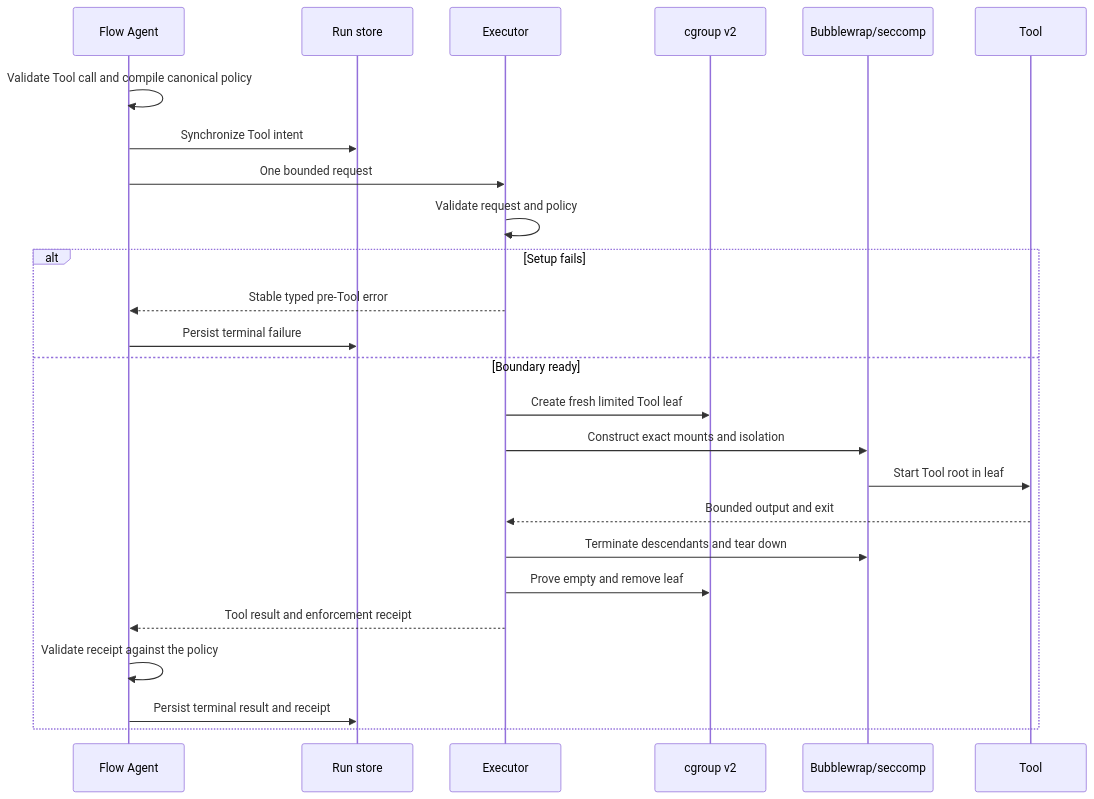
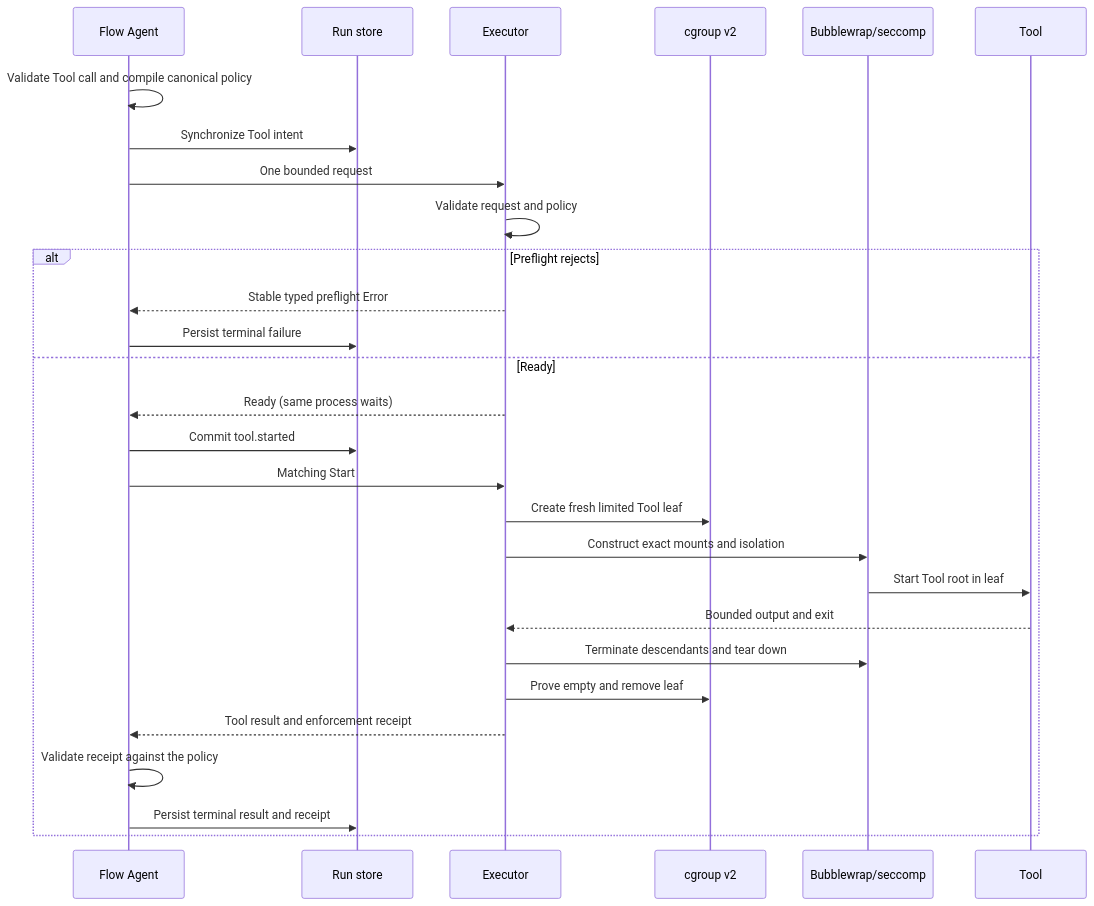
One commit to Open-Equilibrium/watershed changed the third of 3 diagrams in docs/concept/flow-agent-executor-architecture.md. Above: the diagram before and after it, drawn with Mermaid. The commit also changed other lines of this file and 30 other files, not shown here.

Commit message:
feat: gate tool launch behind executor start

````diff
--- a/docs/concept/flow-agent-executor-architecture.md
+++ b/docs/concept/flow-agent-executor-architecture.md
@@ -65,27 +65,30 @@
 ```mermaid
 sequenceDiagram
   participant F as Flow Agent
   participant S as Run store
   participant E as Executor
   participant C as cgroup v2
   participant B as Bubblewrap/seccomp
   participant T as Tool
   F->>F: Validate Tool call and compile canonical policy
   F->>S: Synchronize Tool intent
   F->>E: One bounded request
   E->>E: Validate request and policy
-  alt Setup fails
-    E-->>F: Stable typed pre-Tool error
+  alt Preflight rejects
+    E-->>F: Stable typed preflight Error
     F->>S: Persist terminal failure
-  else Boundary ready
+  else Ready
+    E-->>F: Ready (same process waits)
+    F->>S: Commit tool.started
+    F->>E: Matching Start
     E->>C: Create fresh limited Tool leaf
     E->>B: Construct exact mounts and isolation
     B->>T: Start Tool root in leaf
     T-->>E: Bounded output and exit
     E->>B: Terminate descendants and tear down
     E->>C: Prove empty and remove leaf
     E-->>F: Tool result and enforcement receipt
     F->>F: Validate receipt against the policy
     F->>S: Persist terminal result and receipt
   end
 ```
````
